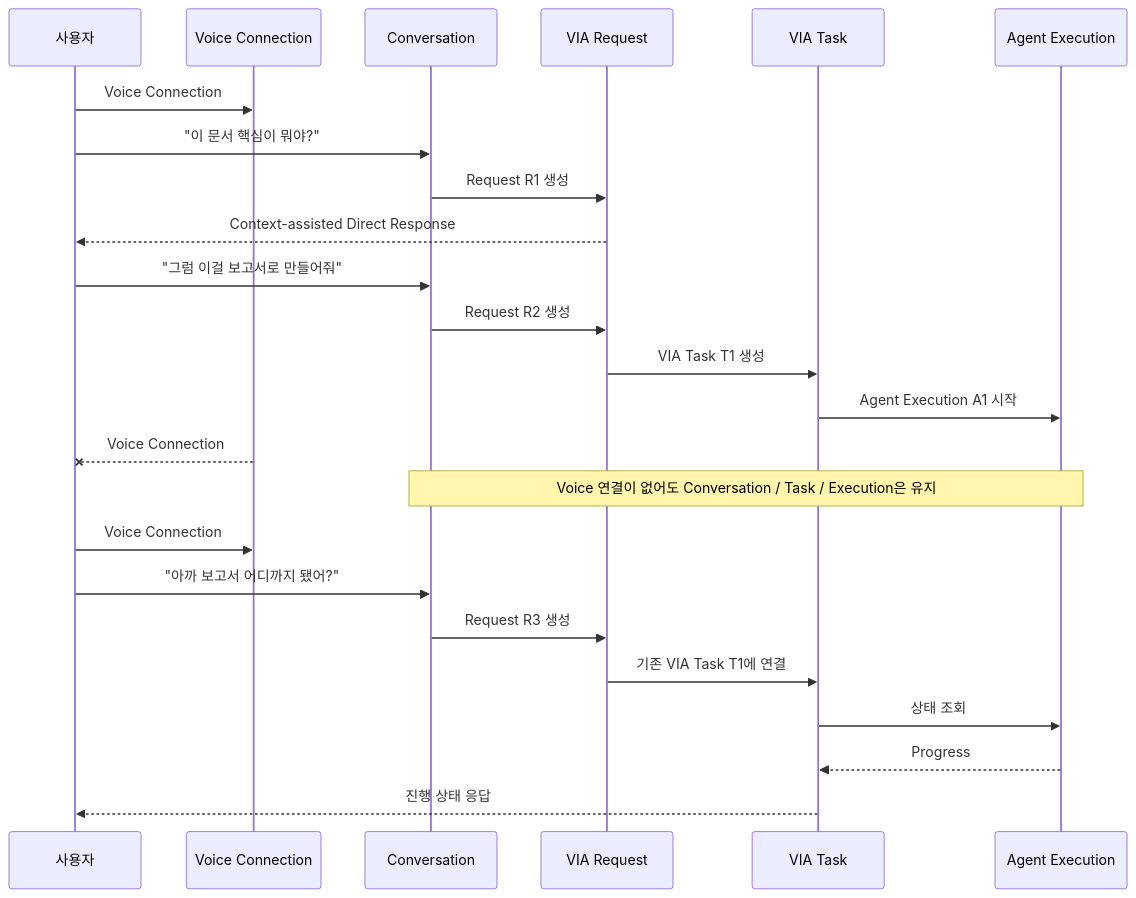
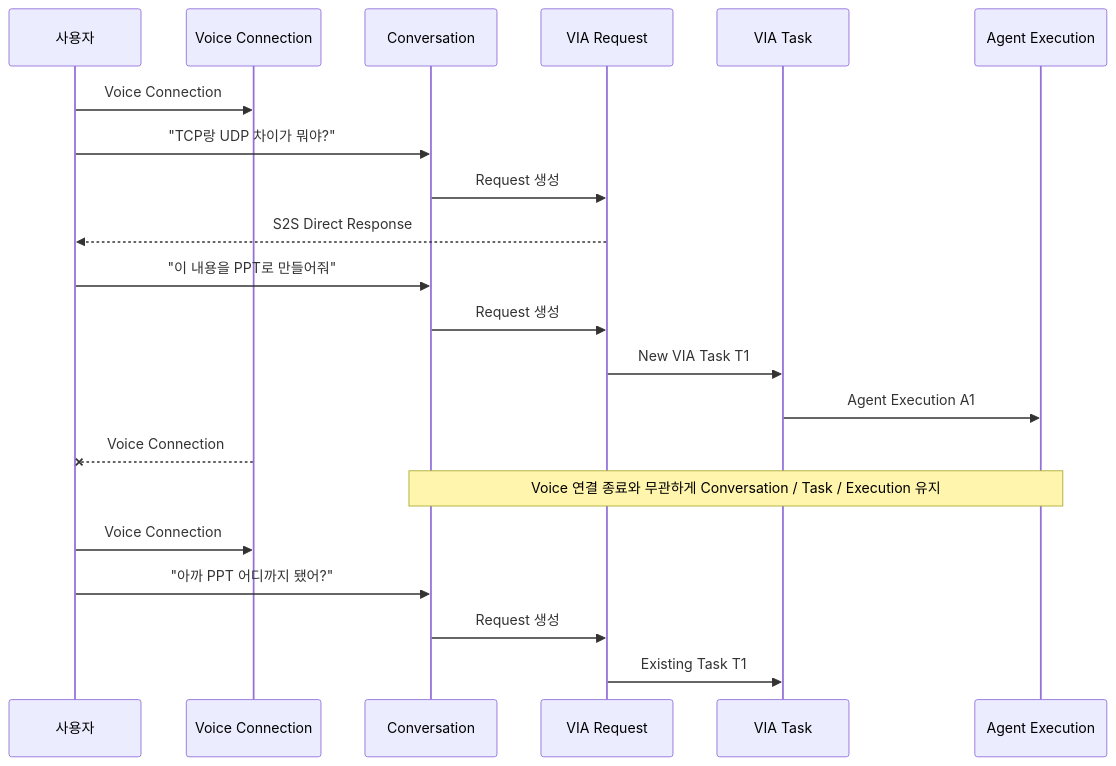
The fourth of 5 diagrams in docs/rebaseline/02-terms.md (cbyche/via-sw-architecture), drawn with Mermaid before and after one commit. The commit also changed other lines of this file, not shown here.

Commit message:
docs: separate task relation from request handling

````diff
--- a/docs/rebaseline/02-terms.md
+++ b/docs/rebaseline/02-terms.md
@@ -202,32 +214,27 @@
 ```mermaid
 sequenceDiagram
     participant U as 사용자
     participant V as Voice Connection
     participant C as Conversation
     participant R as VIA Request
     participant T as VIA Task
     participant A as Agent Execution
 
     U->>V: Voice Connection #1 시작
+    U->>C: "TCP랑 UDP 차이가 뭐야?"
+    C->>R: Request 생성
+    R-->>U: S2S Direct Response
 
-    U->>C: "이 문서 핵심이 뭐야?"
-    C->>R: Request R1 생성
-    R-->>U: Context-assisted Direct Response
-
-    U->>C: "그럼 이걸 보고서로 만들어줘"
-    C->>R: Request R2 생성
-    R->>T: VIA Task T1 생성
-    T->>A: Agent Execution A1 시작
+    U->>C: "이 내용을 PPT로 만들어줘"
+    C->>R: Request 생성
+    R->>T: New VIA Task T1
+    T->>A: Agent Execution A1
 
     V--xU: Voice Connection #1 종료
-
-    Note over C,A: Voice 연결이 없어도 Conversation / Task / Execution은 유지
+    Note over C,A: Voice 연결 종료와 무관하게 Conversation / Task / Execution 유지
 
     U->>V: Voice Connection #2 시작
-    U->>C: "아까 보고서 어디까지 됐어?"
-    C->>R: Request R3 생성
-    R->>T: 기존 VIA Task T1에 연결
-    T->>A: 상태 조회
-    A-->>T: Progress
-    T-->>U: 진행 상태 응답
+    U->>C: "아까 PPT 어디까지 됐어?"
+    C->>R: Request 생성
+    R->>T: Existing Task T1
 ```
````
